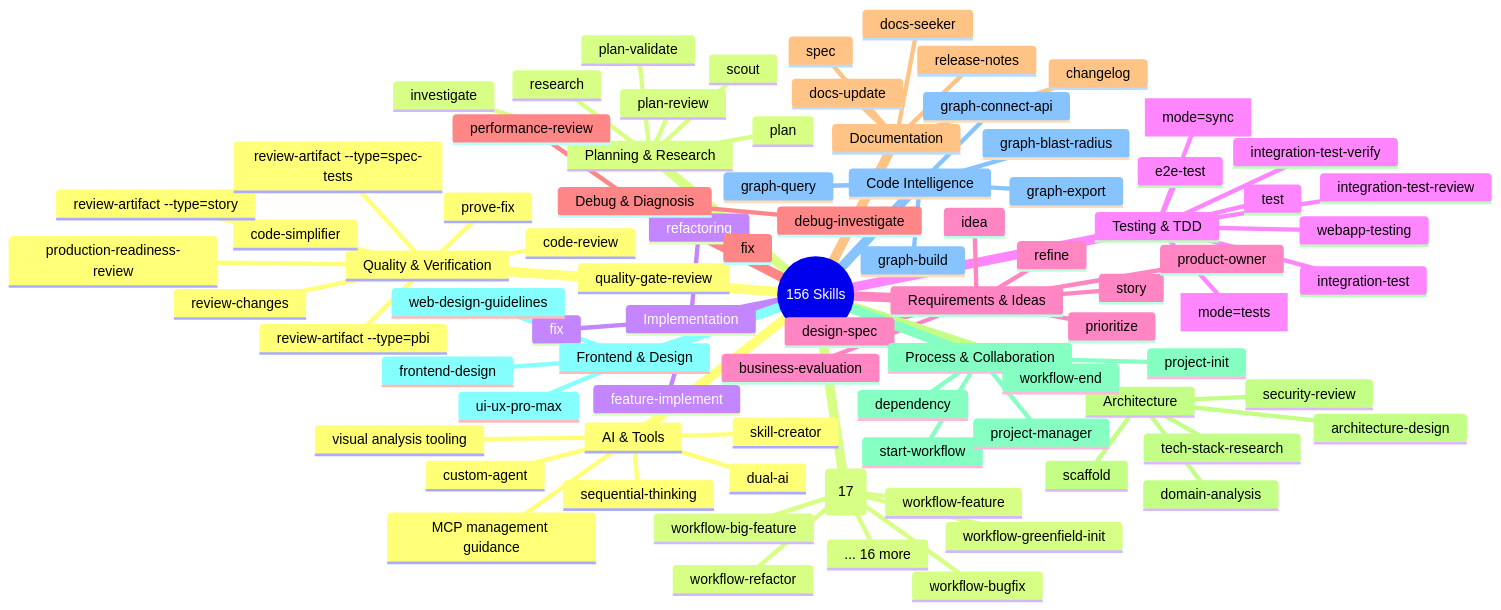
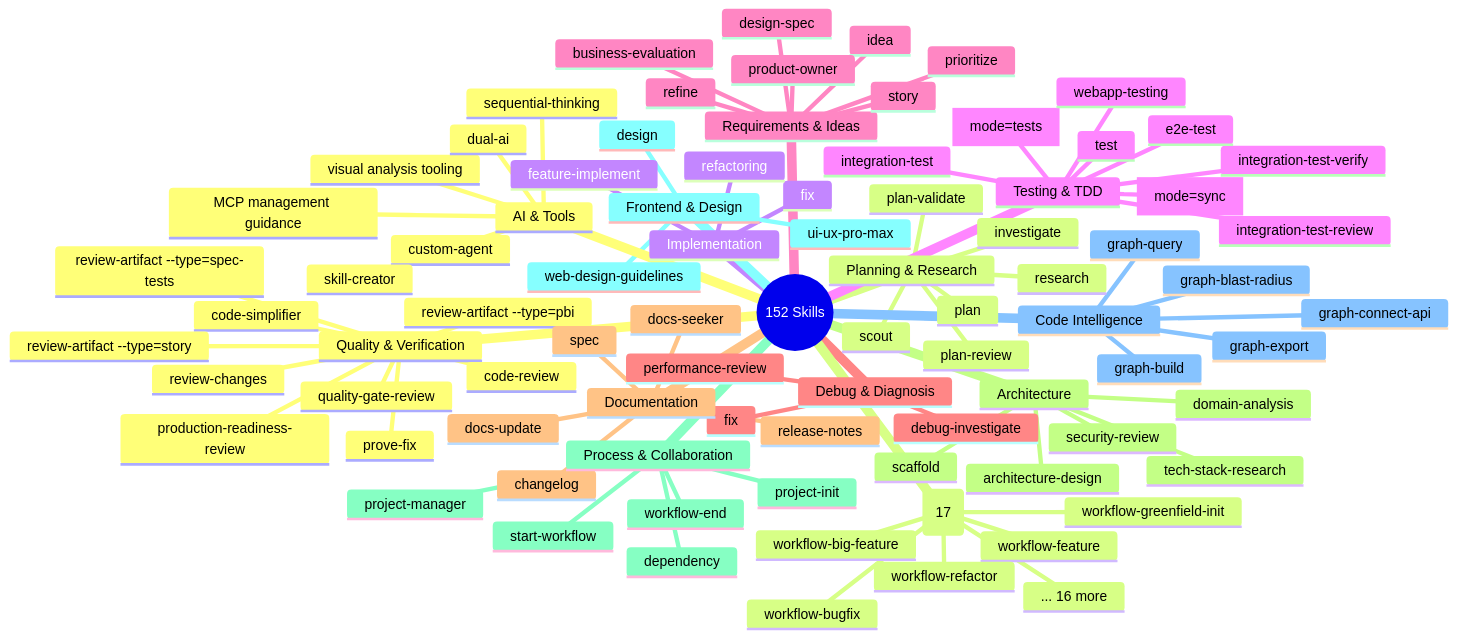
The fifth of 20 diagrams in .claude/docs/claude-ai-agent-framework-guide.md (duc01226/easy-claude), drawn with Mermaid before and after one commit. The commit also changed other lines of this file and 174 other files, not shown here.

````diff
--- a/.claude/docs/claude-ai-agent-framework-guide.md
+++ b/.claude/docs/claude-ai-agent-framework-guide.md
@@ -459,6 +459,6 @@
 ```mermaid
 mindmap
-  root((156 Skills))
+  root((152 Skills))
     Quality & Verification
       code-review
       prove-fix
@@ -520,7 +520,7 @@
       project-manager
       dependency
     Frontend & Design
-      frontend-design
+      design
       ui-ux-pro-max
       web-design-guidelines
     Code Intelligence
````
